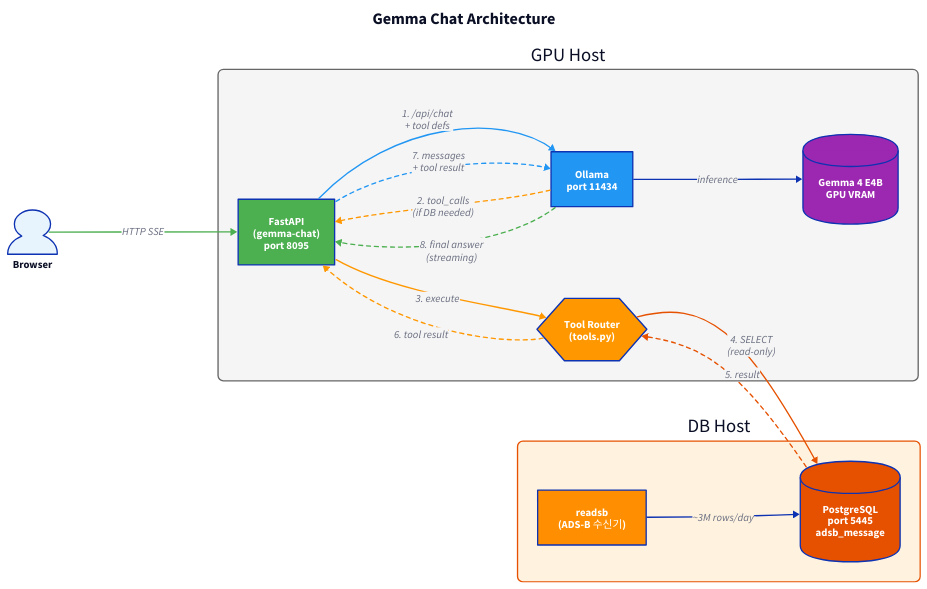
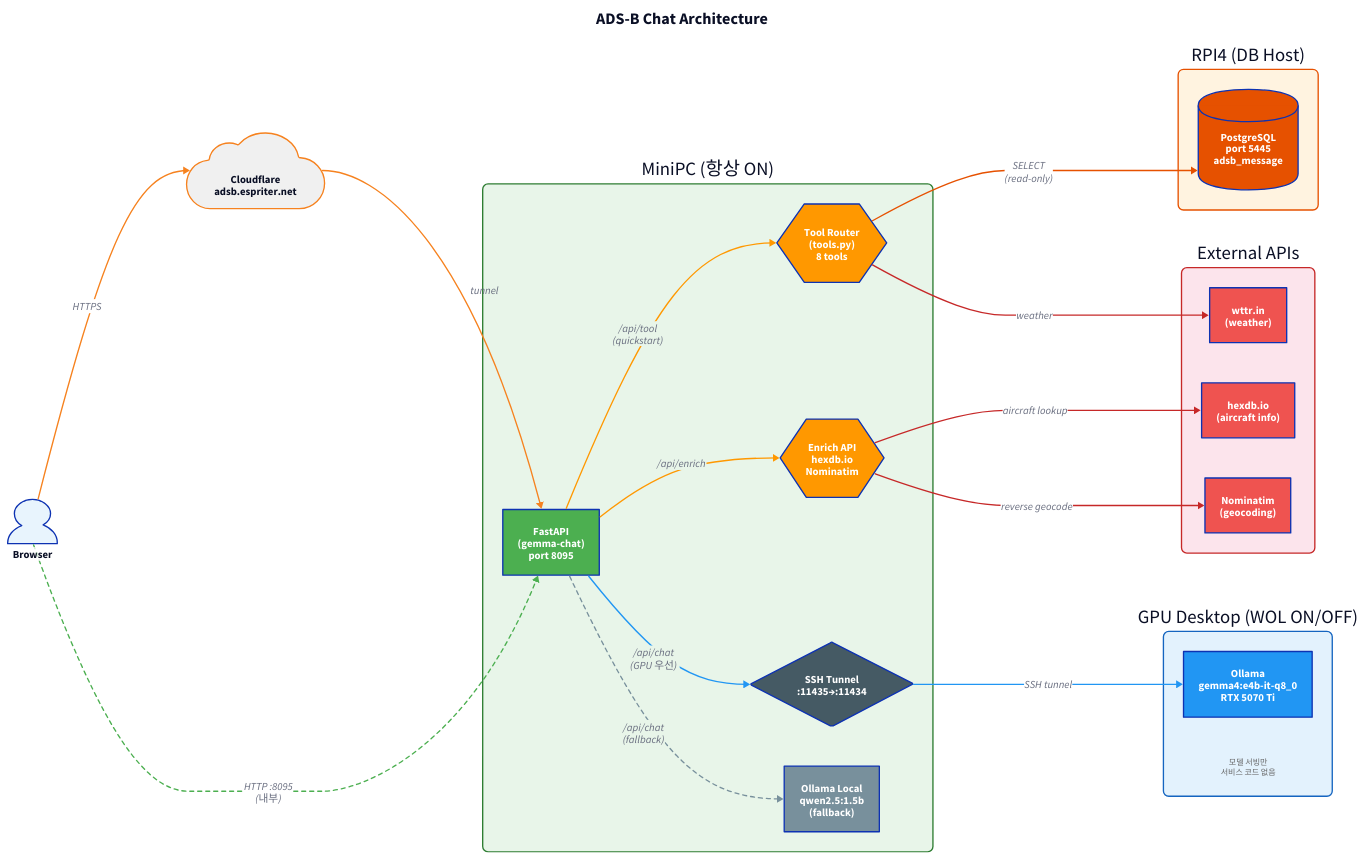
One commit to espriter/gemma-chat changed the diagram in docs/architecture.d2. Above: the diagram before and after it, drawn with D2. The commit also changed 3 other files, not shown here.

First line of the commit message:
docs: rewrite README, architecture diagram for hybrid structure

```diff
--- a/docs/architecture.d2
+++ b/docs/architecture.d2
@@ -1,126 +1,197 @@
 direction: right
 
 title: {
-  label: Gemma Chat Architecture
+  label: ADS-B Chat Architecture
   near: top-center
   shape: text
   style.font-size: 24
   style.bold: true
 }
 
 # --- Actors ---
 
 user: {
   label: Browser
   shape: person
   style.fill: "#e8f4fd"
 }
 
-# --- GPU Desktop (WSL2) ---
+cloudflare: {
+  label: "Cloudflare\nadsb.espriter.net"
+  shape: cloud
+  style.fill: "#f0f0f0"
+  style.stroke: "#f6821f"
+}
 
-gpu: {
-  label: GPU Host
-  style.fill: "#f5f5f5"
-  style.stroke: "#666"
+# --- MiniPC ---
+
+minipc: {
+  label: "MiniPC (항상 ON)"
+  style.fill: "#e8f5e9"
+  style.stroke: "#2e7d32"
   style.border-radius: 8
 
   fastapi: {
     label: "FastAPI\n(gemma-chat)\nport 8095"
     shape: rectangle
     style.fill: "#4CAF50"
     style.font-color: white
   }
 
   tools: {
-    label: "Tool Router\n(tools.py)"
+    label: "Tool Router\n(tools.py)\n8 tools"
     shape: hexagon
     style.fill: "#FF9800"
     style.font-color: white
   }
 
-  ollama: {
-    label: "Ollama\nport 11434"
+  enrich: {
+    label: "Enrich API\nhexdb.io\nNominatim"
+    shape: hexagon
+    style.fill: "#FF9800"
+    style.font-color: white
+  }
+
+  ollama_local: {
+    label: "Ollama Local\nqwen2.5:1.5b\n(fallback)"
+    shape: rectangle
+    style.fill: "#78909C"
+    style.font-color: white
+  }
+
+  tunnel: {
+    label: "SSH Tunnel\n:11435→:11434"
+    shape: diamond
+    style.fill: "#455A64"
+    style.font-color: white
+  }
+}
+
+# --- GPU Desktop ---
+
+gpu: {
+  label: "GPU Desktop (WOL ON/OFF)"
+  style.fill: "#e3f2fd"
+  style.stroke: "#1565c0"
+  style.border-radius: 8
+
+  ollama_gpu: {
+    label: "Ollama\ngemma4:e4b-it-q8_0\nRTX 5070 Ti"
     shape: rectangle
     style.fill: "#2196F3"
     style.font-color: white
   }
 
-  gemma: {
-    label: "Gemma 4 E4B\nGPU VRAM"
-    shape: cylinder
-    style.fill: "#9C27B0"
-    style.font-color: white
+  note: {
+    label: "모델 서빙만\n서비스 코드 없음"
+    shape: text
+    style.font-size: 12
+    style.font-color: "#666"
+    style.italic: true
   }
-
-  ollama -> gemma: inference
 }
 
 # --- RPI4 ---
 
 rpi4: {
-  label: DB Host
+  label: "RPI4 (DB Host)"
   style.fill: "#fff3e0"
   style.stroke: "#e65100"
   style.border-radius: 8
 
   postgres: {
     label: "PostgreSQL\nport 5445\nadsb_message"
     shape: cylinder
     style.fill: "#e65100"
     style.font-color: white
   }
+}
 
-  readsb: {
-    label: "readsb\n(ADS-B 수신기)"
+# --- External APIs ---
+
+external: {
+  label: "External APIs"
+  style.fill: "#fce4ec"
+  style.stroke: "#c62828"
+  style.border-radius: 8
+
+  hexdb: {
+    label: "hexdb.io\n(aircraft info)"
     shape: rectangle
-    style.fill: "#ff8f00"
+    style.fill: "#ef5350"
     style.font-color: white
   }
 
-  readsb -> postgres: "~3M rows/day"
+  wttr: {
+    label: "wttr.in\n(weather)"
+    shape: rectangle
+    style.fill: "#ef5350"
+    style.font-color: white
+  }
+
+  nominatim: {
+    label: "Nominatim\n(geocoding)"
+    shape: rectangle
+    style.fill: "#ef5350"
+    style.font-color: white
+  }
 }
 
 # --- Flows ---
 
-# Normal chat flow
-user -> gpu.fastapi: "HTTP SSE" {
-  style.stroke: "#4CAF50"
+# User → Cloudflare → MiniPC
+user -> cloudflare: "HTTPS" {
+  style.stroke: "#f6821f"
 }
 
-gpu.fastapi -> gpu.ollama: "1. /api/chat\n+ tool defs" {
+cloudflare -> minipc.fastapi: "tunnel" {
+  style.stroke: "#f6821f"
+}
+
+# Direct access
+user -> minipc.fastapi: "HTTP :8095\n(내부)" {
+  style.stroke: "#4CAF50"
+  style.stroke-dash: 3
+}
+
+# Quickstart flow (no LLM)
+minipc.fastapi -> minipc.tools: "/api/tool\n(quickstart)" {
+  style.stroke: "#FF9800"
+}
+
+minipc.tools -> rpi4.postgres: "SELECT\n(read-only)" {
+  style.stroke: "#e65100"
+}
+
+# Enrich flow
+minipc.fastapi -> minipc.enrich: "/api/enrich" {
+  style.stroke: "#FF9800"
+}
+
+minipc.enrich -> external.hexdb: "aircraft lookup" {
+  style.stroke: "#c62828"
+}
+
+minipc.enrich -> external.nominatim: "reverse geocode" {
+  style.stroke: "#c62828"
+}
+
+# LLM flow — GPU first
+minipc.fastapi -> minipc.tunnel: "/api/chat\n(GPU 우선)" {
   style.stroke: "#2196F3"
 }
 
-# Tool calling flow
-gpu.ollama -> gpu.fastapi: "2. tool_calls\n(if DB needed)" {
-  style.stroke: "#FF9800"
+minipc.tunnel -> gpu.ollama_gpu: "SSH tunnel" {
+  style.stroke: "#2196F3"
+}
+
+# LLM fallback — Local
+minipc.fastapi -> minipc.ollama_local: "/api/chat\n(fallback)" {
+  style.stroke: "#78909C"
   style.stroke-dash: 3
 }
 
-gpu.fastapi -> gpu.tools: "3. execute" {
-  style.stroke: "#FF9800"
+# Weather
+minipc.tools -> external.wttr: "weather" {
+  style.stroke: "#c62828"
 }
-
-gpu.tools -> rpi4.postgres: "4. SELECT\n(read-only)" {
-  style.stroke: "#e65100"
-}
-
-rpi4.postgres -> gpu.tools: "5. result" {
-  style.stroke: "#e65100"
-  style.stroke-dash: 3
-}
-
-gpu.tools -> gpu.fastapi: "6. tool result" {
-  style.stroke: "#FF9800"
-  style.stroke-dash: 3
-}
-
-gpu.fastapi -> gpu.ollama: "7. messages\n+ tool result" {
-  style.stroke: "#2196F3"
-  style.stroke-dash: 3
-}
-
-gpu.ollama -> gpu.fastapi: "8. final answer\n(streaming)" {
-  style.stroke: "#4CAF50"
-  style.stroke-dash: 3
-}
```
